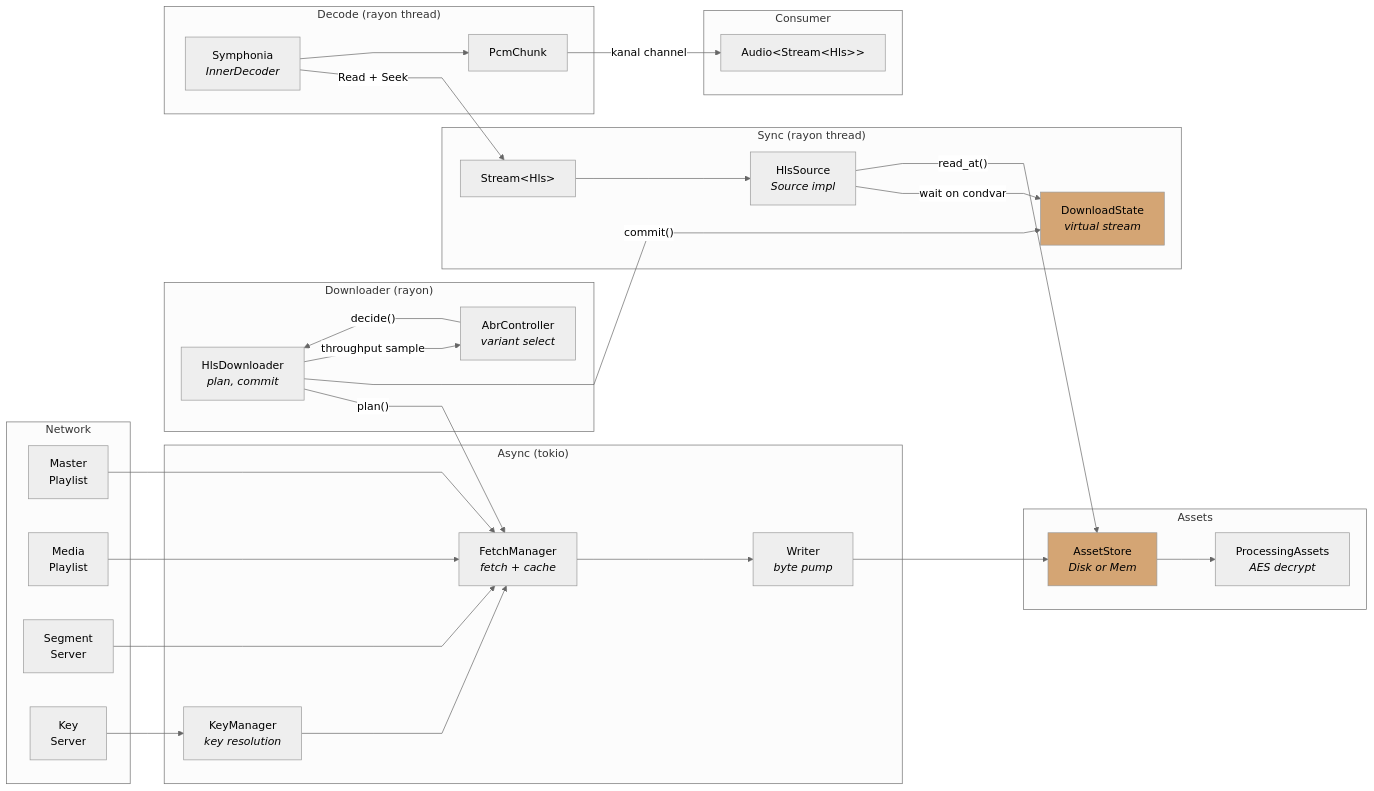
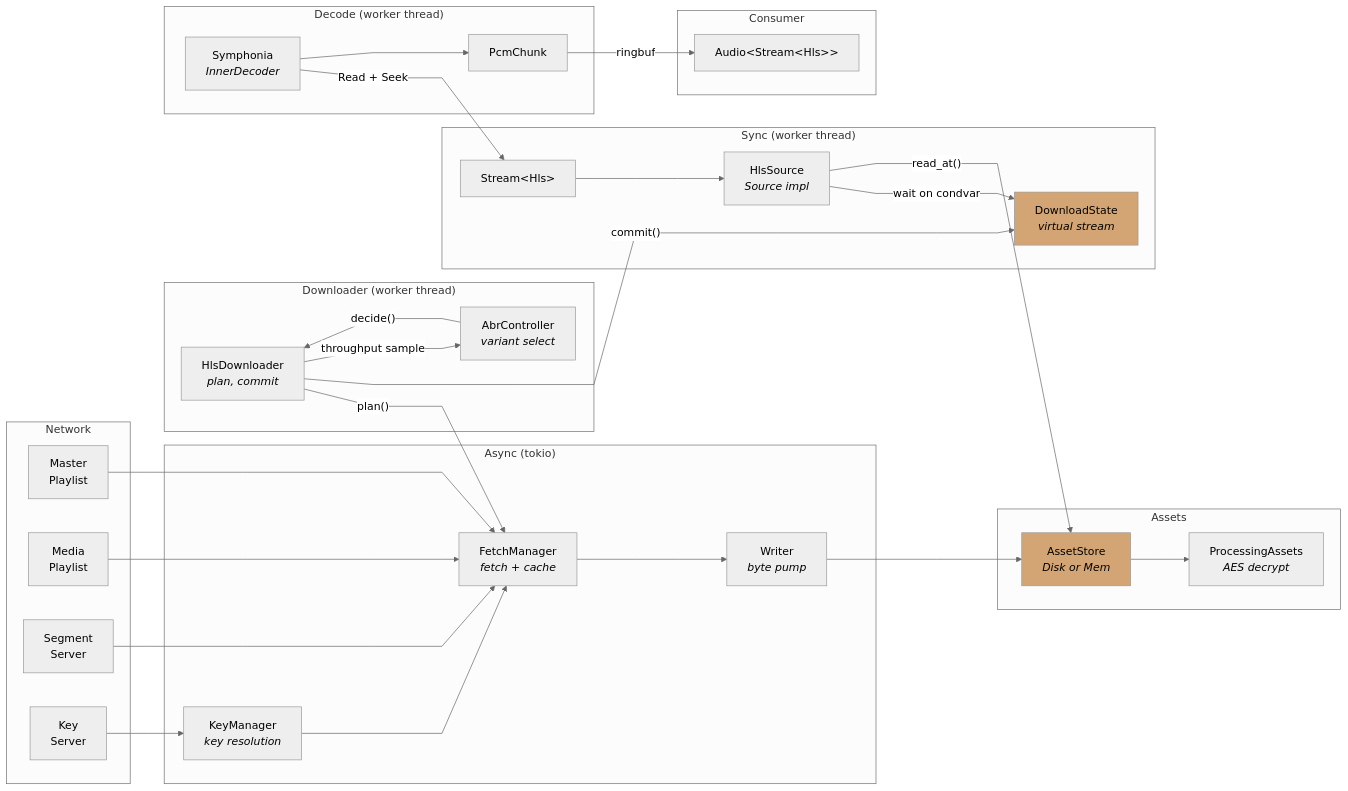
One commit to AlexanderShirokih/kithara changed the first of 3 diagrams in crates/kithara-hls/README.md. Above: the diagram before and after it, drawn with Mermaid (neutral theme). The commit also changed other lines of this file and 563 other files, not shown here.

````diff
--- a/crates/kithara-hls/README.md
+++ b/crates/kithara-hls/README.md
@@ -30,63 +30,63 @@
 ```mermaid
 %%{init: {"flowchart": {"curve": "linear"}} }%%
 flowchart LR
     subgraph Network
         MasterPL["Master<br/>Playlist"]
         MediaPL["Media<br/>Playlist"]
         SegSrv["Segment<br/>Server"]
         KeySrv["Key<br/>Server"]
     end
 
     subgraph "Async (tokio)"
         FM["FetchManager<br/><i>fetch + cache</i>"]
         KM["KeyManager<br/><i>key resolution</i>"]
         W["Writer<br/><i>byte pump</i>"]
     end
 
-    subgraph "Downloader (rayon)"
+    subgraph "Downloader (worker thread)"
         DL["HlsDownloader<br/><i>plan, commit</i>"]
         ABR["AbrController<br/><i>variant select</i>"]
     end
 
     subgraph "Assets"
         AB["AssetStore<br/><i>Disk or Mem</i>"]
         Proc["ProcessingAssets<br/><i>AES decrypt</i>"]
     end
 
-    subgraph "Sync (rayon thread)"
+    subgraph "Sync (worker thread)"
         HS["HlsSource<br/><i>Source impl</i>"]
         SI["DownloadState<br/><i>virtual stream</i>"]
         StreamH["Stream&lt;Hls&gt;"]
     end
 
-    subgraph "Decode (rayon thread)"
+    subgraph "Decode (worker thread)"
         Dec["Symphonia<br/><i>InnerDecoder</i>"]
         PCM2["PcmChunk"]
     end
 
     subgraph "Consumer"
         Audio2["Audio&lt;Stream&lt;Hls&gt;&gt;"]
     end
 
     MasterPL --> FM
     MediaPL --> FM
     SegSrv --> FM
     KeySrv --> KM
     KM --> FM
     FM --> W
     W --> AB
     AB --> Proc
     DL -- "plan()" --> FM
     DL -- "commit()" --> SI
     ABR -- "decide()" --> DL
     DL -- "throughput sample" --> ABR
     HS -- "wait on condvar" --> SI
     HS -- "read_at()" --> AB
     StreamH --> HS
     Dec -- "Read + Seek" --> StreamH
     Dec --> PCM2
-    PCM2 -- "kanal channel" --> Audio2
+    PCM2 -- "ringbuf" --> Audio2
 
     style SI fill:#d4a574,color:#000
     style AB fill:#d4a574,color:#000
 ```
````
